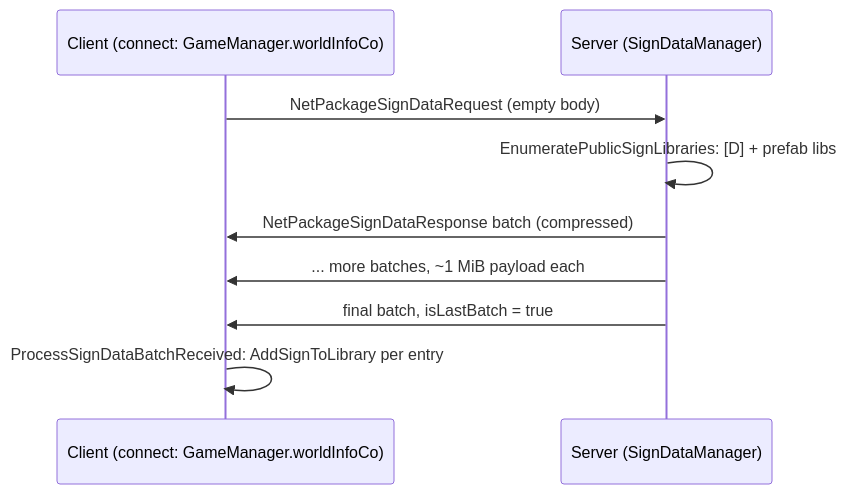
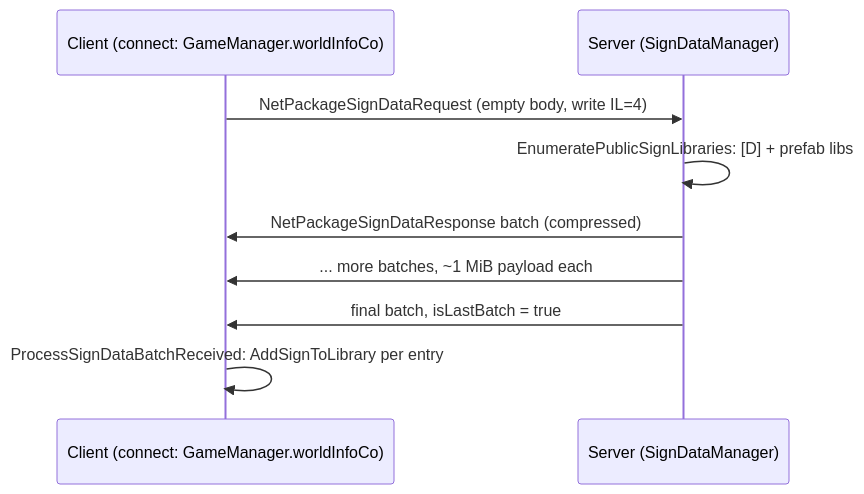
Before and after one commit to hordeforge/7dtd-engine-research: the second of 2 diagrams in docs/signs.md, drawn with Mermaid. The commit also changed other lines of this file and 8 other files, not shown here.

````diff
--- a/docs/signs.md
+++ b/docs/signs.md
@@ -151,11 +151,11 @@
 ```mermaid
 sequenceDiagram
     participant C as Client (connect: GameManager.worldInfoCo)
     participant S as Server (SignDataManager)
-    C->>S: NetPackageSignDataRequest (empty body)
+    C->>S: NetPackageSignDataRequest (empty body, write IL=4)
     S->>S: EnumeratePublicSignLibraries: [D] + prefab libs
     S->>C: NetPackageSignDataResponse batch (compressed)
     S->>C: ... more batches, ~1 MiB payload each
     S->>C: final batch, isLastBatch = true
     C->>C: ProcessSignDataBatchReceived: AddSignToLibrary per entry
 ```
````
